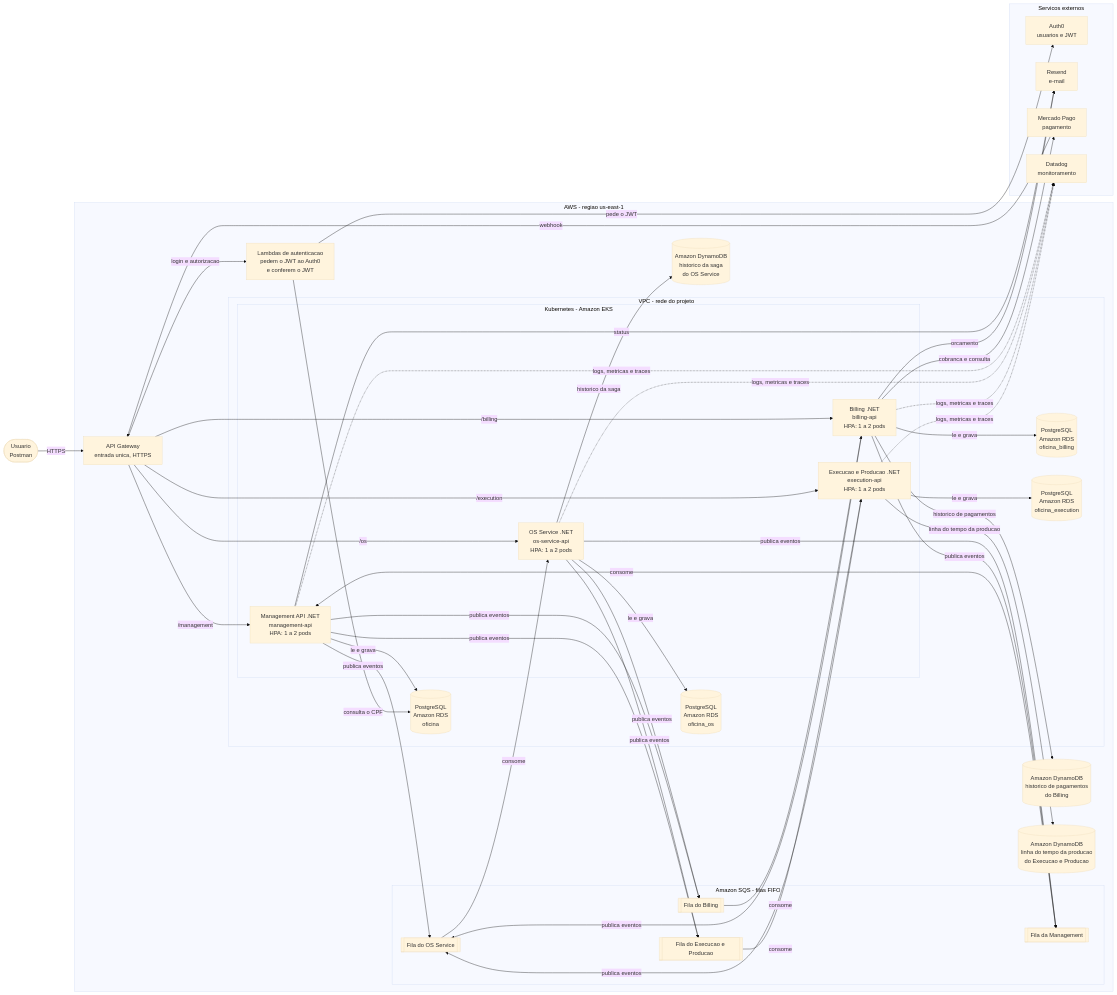
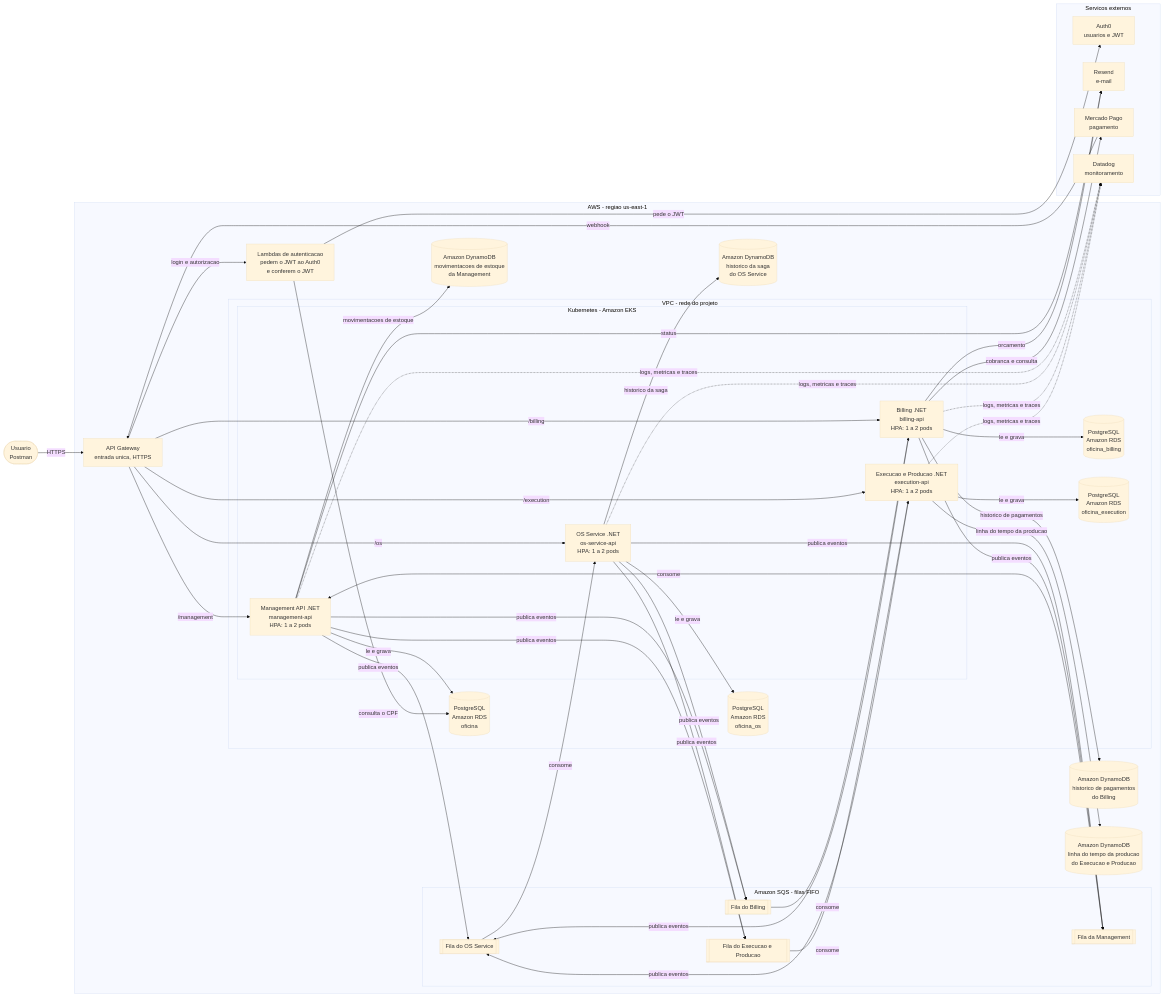
One commit to GuiToniello/tech-challenge-fase-4-MANAGEMENT-soat16-rm374658 changed the first of 6 diagrams in docs/arquitetura.md. Above: the diagram before and after it, drawn with Mermaid (base theme). The commit also changed other lines of this file and 79 other files, not shown here.

````diff
--- a/docs/arquitetura.md
+++ b/docs/arquitetura.md
@@ -55,77 +55,79 @@
 ```mermaid
 flowchart LR
   Usuario([Usuario<br/>Postman])
 
   subgraph AWS[AWS - regiao us-east-1]
     GW[API Gateway<br/>entrada unica, HTTPS]
     Lambdas[Lambdas de autenticacao<br/>pedem o JWT ao Auth0<br/>e conferem o JWT]
 
     subgraph SQS[Amazon SQS - filas FIFO]
       FilaM[[Fila da Management]]
       FilaOS[[Fila do OS Service]]
       FilaB[[Fila do Billing]]
       FilaE[[Fila do Execucao e Producao]]
     end
 
+    DDBM[(Amazon DynamoDB<br/>movimentacoes de estoque<br/>da Management)]
     DDBO[(Amazon DynamoDB<br/>historico da saga<br/>do OS Service)]
     DDBB[(Amazon DynamoDB<br/>historico de pagamentos<br/>do Billing)]
     DDBE[(Amazon DynamoDB<br/>linha do tempo da producao<br/>do Execucao e Producao)]
 
     subgraph VPC[VPC - rede do projeto]
       subgraph EKS[Kubernetes - Amazon EKS]
         API[Management API .NET<br/>management-api<br/>HPA: 1 a 2 pods]
         OS[OS Service .NET<br/>os-service-api<br/>HPA: 1 a 2 pods]
         BIL[Billing .NET<br/>billing-api<br/>HPA: 1 a 2 pods]
         EXE[Execucao e Producao .NET<br/>execution-api<br/>HPA: 1 a 2 pods]
       end
       DB[(PostgreSQL<br/>Amazon RDS<br/>oficina)]
       DBOS[(PostgreSQL<br/>Amazon RDS<br/>oficina_os)]
       DBB[(PostgreSQL<br/>Amazon RDS<br/>oficina_billing)]
       DBE[(PostgreSQL<br/>Amazon RDS<br/>oficina_execution)]
     end
   end
 
   subgraph Externos[Servicos externos]
     Auth0[Auth0<br/>usuarios e JWT]
     Resend[Resend<br/>e-mail]
     MP[Mercado Pago<br/>pagamento]
     Datadog[Datadog<br/>monitoramento]
   end
 
   Usuario -->|HTTPS| GW
   GW -->|login e autorizacao| Lambdas
   GW -->|/management| API
   GW -->|/os| OS
   GW -->|/billing| BIL
   GW -->|/execution| EXE
   Lambdas -->|consulta o CPF| DB
   Lambdas -->|pede o JWT| Auth0
   API -->|le e grava| DB
+  API -->|movimentacoes de estoque| DDBM
   OS -->|le e grava| DBOS
   OS -->|historico da saga| DDBO
   BIL -->|le e grava| DBB
   BIL -->|historico de pagamentos| DDBB
   EXE -->|le e grava| DBE
   EXE -->|linha do tempo da producao| DDBE
   OS -->|publica eventos| FilaM
   OS -->|publica eventos| FilaB
   OS -->|publica eventos| FilaE
   API -->|publica eventos| FilaOS
   API -->|publica eventos| FilaB
   API -->|publica eventos| FilaE
   BIL -->|publica eventos| FilaOS
   BIL -->|publica eventos| FilaM
   EXE -->|publica eventos| FilaOS
   FilaM -->|consome| API
   FilaOS -->|consome| OS
   FilaB -->|consome| BIL
   FilaE -->|consome| EXE
   API -->|status| Resend
   BIL -->|orcamento| Resend
   BIL -->|cobranca e consulta| MP
   MP -->|webhook| GW
   API -.->|logs, metricas e traces| Datadog
   OS -.->|logs, metricas e traces| Datadog
   BIL -.->|logs, metricas e traces| Datadog
   EXE -.->|logs, metricas e traces| Datadog
 ```
````
